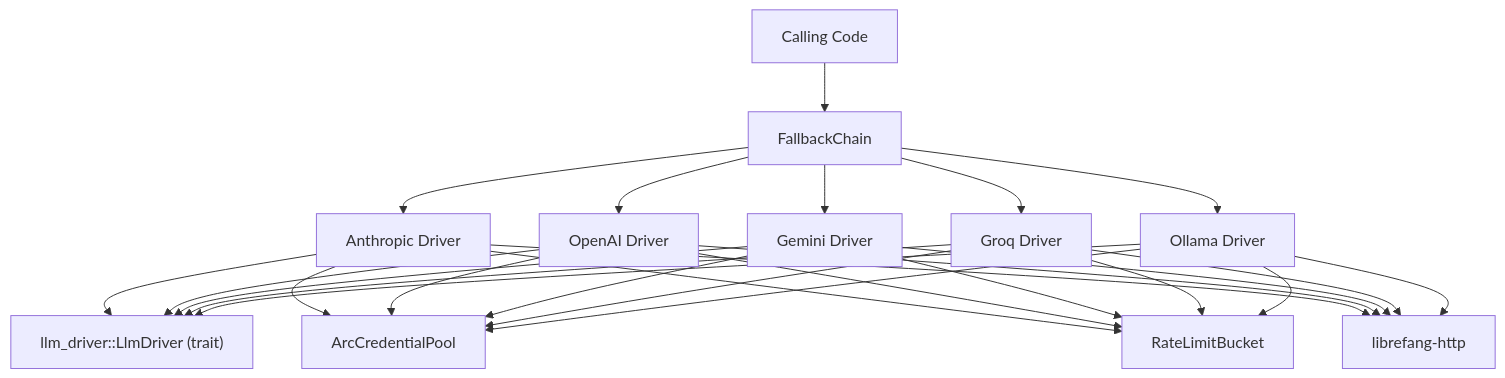
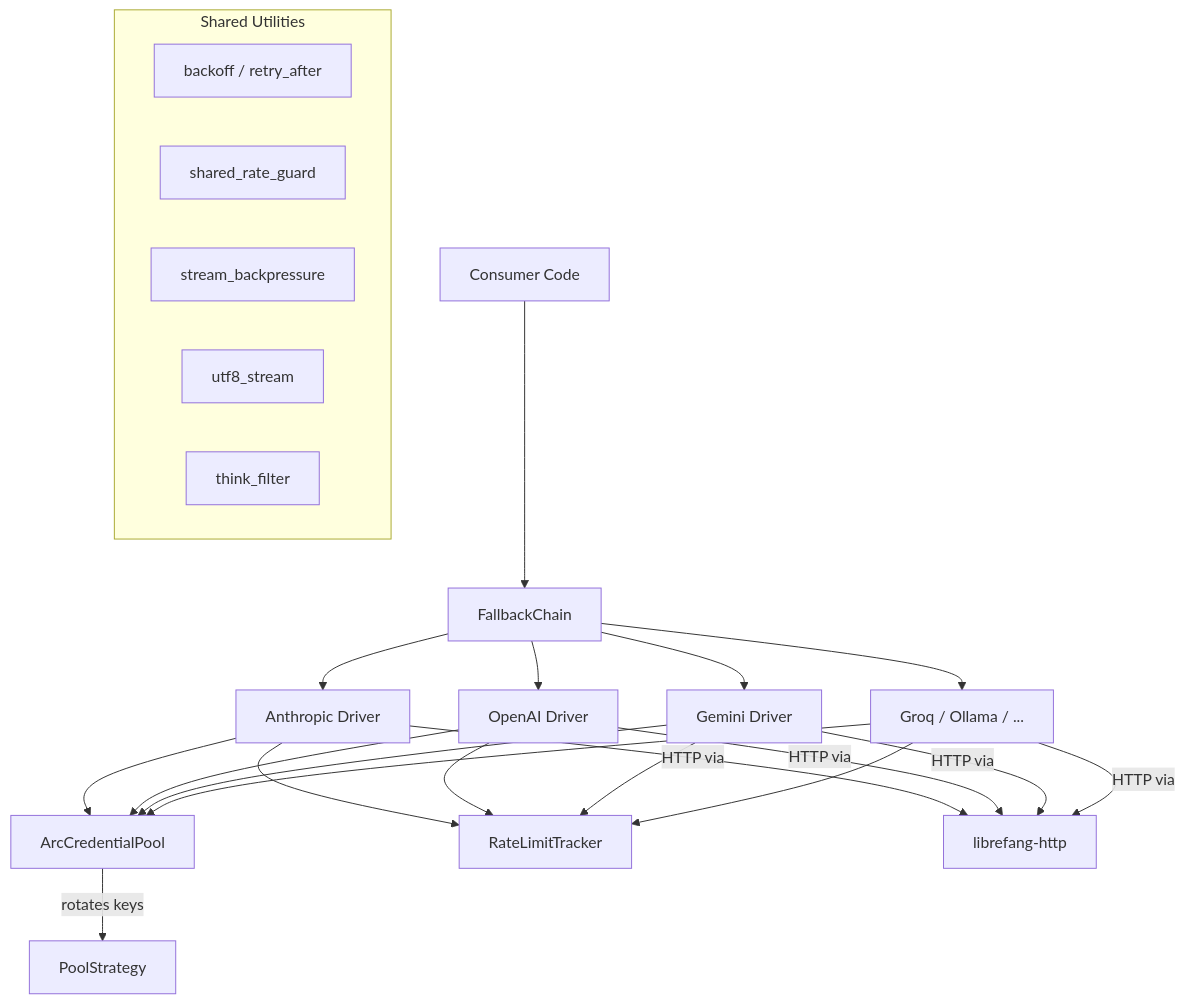
One commit to leszek3737/librefang-WIki changed the diagram in other-librefang-llm-drivers.md. Above: the diagram before and after it, drawn with Mermaid. The commit also changed other lines of this file and 122 other files, not shown here.

````diff
--- a/other-librefang-llm-drivers.md
+++ b/other-librefang-llm-drivers.md
@@ -9,13 +9,25 @@
 ```mermaid
 graph TD
-    Consumer[Calling Code] --> FC[FallbackChain]
-    FC --> D1[Anthropic Driver]
-    FC --> D2[OpenAI Driver]
-    FC --> D3[Gemini Driver]
-    FC --> D4[Groq Driver]
-    FC --> D5[Ollama Driver]
-    D1 & D2 & D3 & D4 & D5 --> Trait["llm_driver::LlmDriver (trait)"]
-    D1 & D2 & D3 & D4 & D5 --> CP[ArcCredentialPool]
-    D1 & D2 & D3 & D4 & D5 --> RL[RateLimitBucket]
-    D1 & D2 & D3 & D4 & D5 --> HTTP[librefang-http]
+    A[Consumer Code] --> B[FallbackChain]
+    B --> C1[Anthropic Driver]
+    B --> C2[OpenAI Driver]
+    B --> C3[Gemini Driver]
+    B --> C4[Groq / Ollama / ...]
+    C1 --> D[ArcCredentialPool]
+    C2 --> D
+    C3 --> D
+    C4 --> D
+    C1 --> E[RateLimitTracker]
+    C2 --> E
+    C3 --> E
+    C4 --> E
+    D -->|rotates keys| F[PoolStrategy]
+    C1 & C2 & C3 & C4 -->|HTTP via| G[librefang-http]
+    subgraph "Shared Utilities"
+        H[backoff / retry_after]
+        I[shared_rate_guard]
+        J[stream_backpressure]
+        K[utf8_stream]
+        L[think_filter]
+    end
 ```
````
